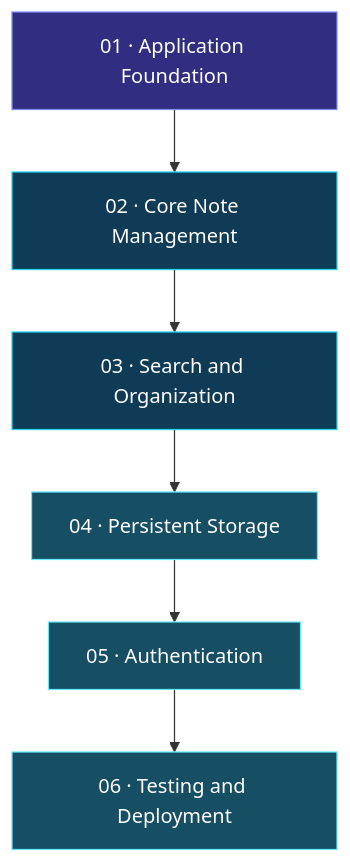
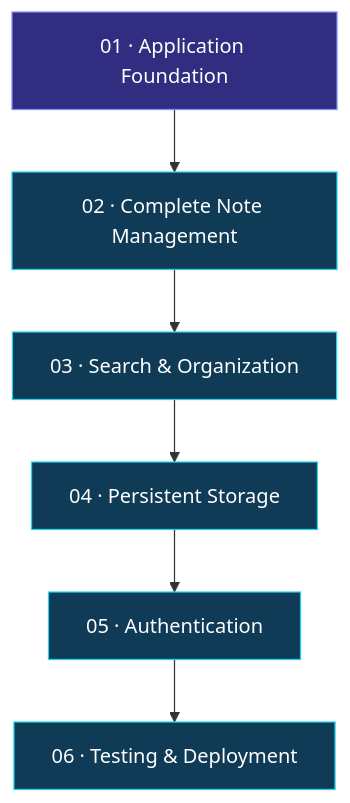
Before and after one commit to maahii-in/first-pratice-2021: the fourth of 4 diagrams in README.md, drawn with Mermaid. The commit also changed other lines of this file, not shown here.

````diff
--- a/README.md
+++ b/README.md
@@ -748,19 +876,17 @@
 ```mermaid
 flowchart TD
     A["01 · Application Foundation"]
-    B["02 · Core Note Management"]
-    C["03 · Search and Organization"]
+    B["02 · Complete Note Management"]
+    C["03 · Search & Organization"]
     D["04 · Persistent Storage"]
     E["05 · Authentication"]
-    F["06 · Testing and Deployment"]
+    F["06 · Testing & Deployment"]
 
     A --> B --> C --> D --> E --> F
 
     classDef first fill:#312E81,stroke:#818CF8,color:#FFFFFF
-    classDef next fill:#0F3B56,stroke:#22D3EE,color:#FFFFFF
-    classDef future fill:#164E63,stroke:#67E8F9,color:#FFFFFF
+    classDef future fill:#0F3B56,stroke:#22D3EE,color:#FFFFFF
 
     class A first
-    class B,C next
-    class D,E,F future
+    class B,C,D,E,F future
 ```
````
